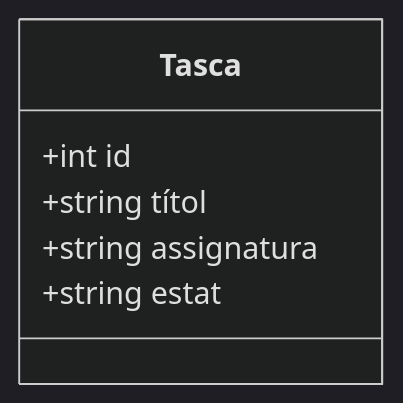
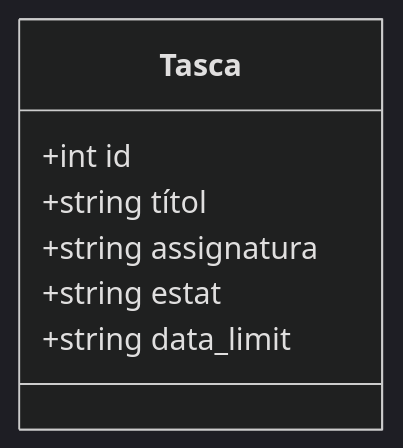
One commit to poolbaaroon/RS-sessio5-421_9 changed the diagram in SPECIFICATIONS.md. Above: the diagram before and after it, drawn with Mermaid (dark theme). The commit also changed other lines of this file, not shown here.

````diff
--- a/SPECIFICATIONS.md
+++ b/SPECIFICATIONS.md
@@ -11,9 +11,10 @@
 ```mermaid
 classDiagram
     class Tasca {
         +int id
         +string títol
         +string assignatura
         +string estat
+        +string data_limit
     }
 ```
````
